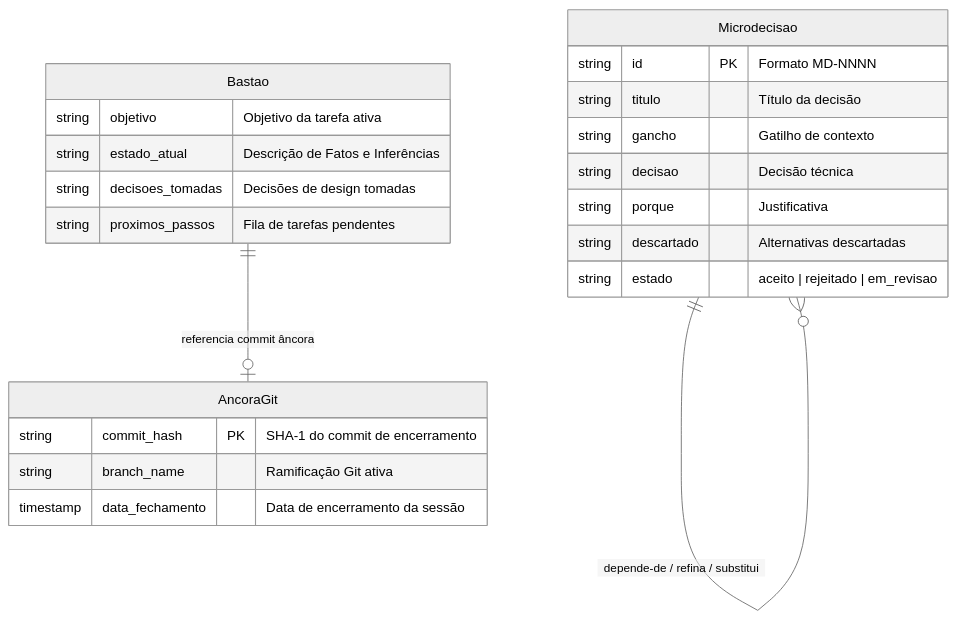
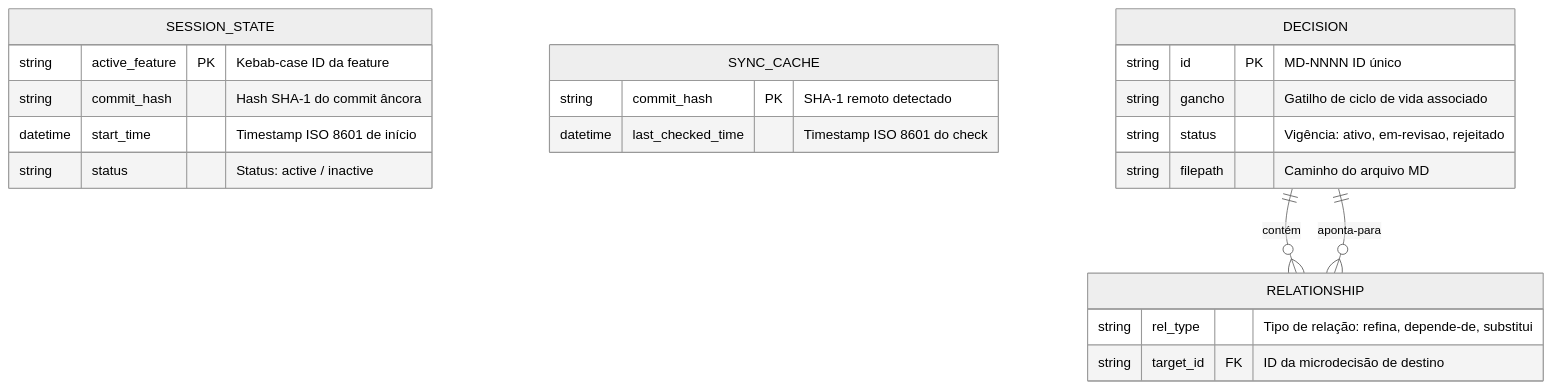
Before and after one commit to iago-leal/harness-config: the diagram in _reversa_sdd/erd-complete.md, drawn with Mermaid (neutral theme). The commit also changed other lines of this file and 47 other files, not shown here.

````diff
--- a/_reversa_sdd/erd-complete.md
+++ b/_reversa_sdd/erd-complete.md
@@ -10,28 +10,32 @@
 ```mermaid
 erDiagram
-    Microdecisao {
-        string id PK "Formato MD-NNNN"
-        string titulo "Título da decisão"
-        string gancho "Gatilho de contexto"
-        string decisao "Decisão técnica"
-        string porque "Justificativa"
-        string descartado "Alternativas descartadas"
-        string estado "aceito | rejeitado | em_revisao"
+    %% Entidades Físicas
+    SESSION_STATE {
+        string active_feature PK "Kebab-case ID da feature"
+        string commit_hash "Hash SHA-1 do commit âncora"
+        datetime start_time "Timestamp ISO 8601 de início"
+        string status "Status: active / inactive"
     }
 
-    Bastao {
-        string objetivo "Objetivo da tarefa ativa"
-        string estado_atual "Descrição de Fatos e Inferências"
-        string decisoes_tomadas "Decisões de design tomadas"
-        string proximos_passos "Fila de tarefas pendentes"
+    SYNC_CACHE {
+        string commit_hash PK "SHA-1 remoto detectado"
+        datetime last_checked_time "Timestamp ISO 8601 do check"
     }
 
-    AncoraGit {
-        string commit_hash PK "SHA-1 do commit de encerramento"
-        string branch_name "Ramificação Git ativa"
-        timestamp data_fechamento "Data de encerramento da sessão"
+    %% Entidades Conceituais (Markdown Front-matter)
+    DECISION {
+        string id PK "MD-NNNN ID único"
+        string gancho "Gatilho de ciclo de vida associado"
+        string status "Vigência: ativo, em-revisao, rejeitado"
+        string filepath "Caminho do arquivo MD"
     }
 
-    Microdecisao ||--o{ Microdecisao : "depende-de / refina / substitui"
-    Bastao ||--o| AncoraGit : "referencia commit âncora"
+    RELATIONSHIP {
+        string rel_type "Tipo de relação: refina, depende-de, substitui"
+        string target_id FK "ID da microdecisão de destino"
+    }
+
+    %% Relacionamentos do Grafo de Decisões
+    DECISION ||--o{ RELATIONSHIP : "contém"
+    RELATIONSHIP }o--|| DECISION : "aponta-para"
 ```
````
